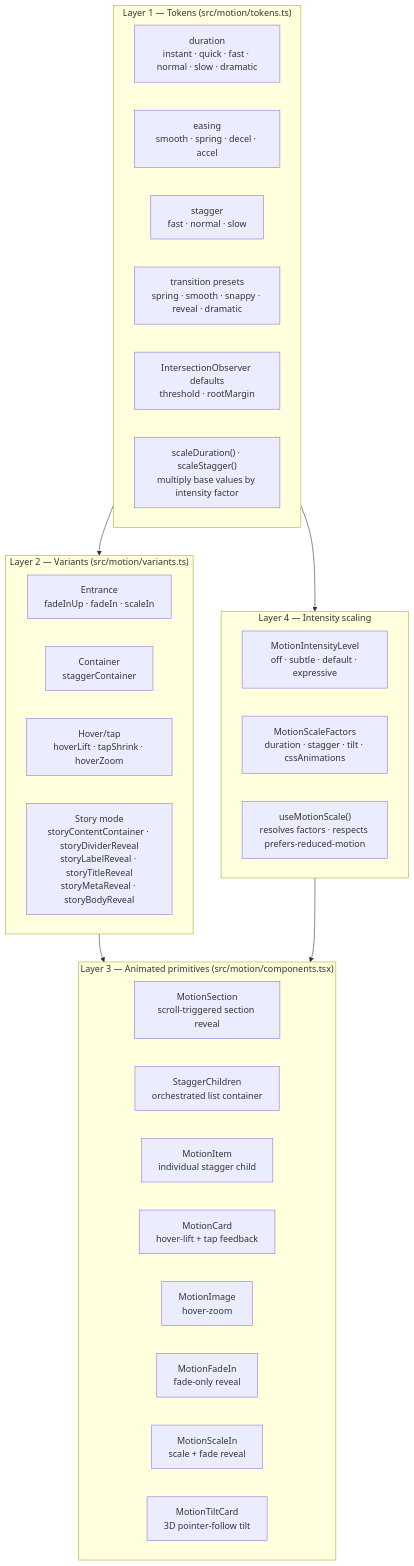
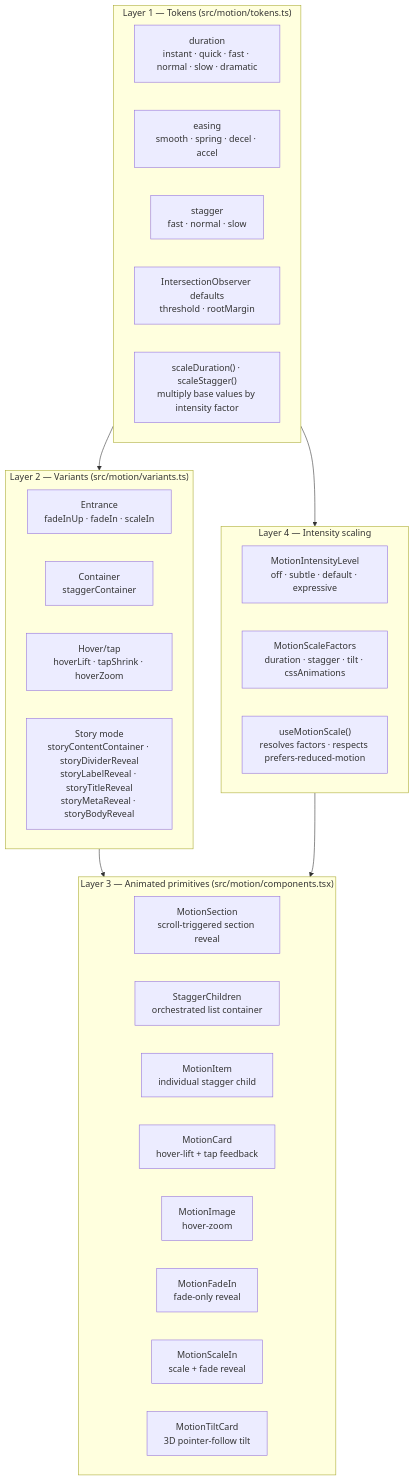
One commit to danphenderson/dev-danhenderson changed the first of 7 diagrams in docs/frontend/motion-architecture.md. Above: the diagram before and after it, drawn with Mermaid. The commit also changed other lines of this file and 106 other files, not shown here.

````diff
--- a/docs/frontend/motion-architecture.md
+++ b/docs/frontend/motion-architecture.md
@@ -9,40 +9,39 @@
 ```mermaid
 flowchart TB
   subgraph Tokens["Layer 1 — Tokens (src/motion/tokens.ts)"]
     D["duration<br/>instant · quick · fast · normal · slow · dramatic"]
     E["easing<br/>smooth · spring · decel · accel"]
     S["stagger<br/>fast · normal · slow"]
-    T["transition presets<br/>spring · smooth · snappy · reveal · dramatic"]
     IO["IntersectionObserver defaults<br/>threshold · rootMargin"]
     Scale["scaleDuration() · scaleStagger()<br/>multiply base values by intensity factor"]
   end
 
   subgraph Variants["Layer 2 — Variants (src/motion/variants.ts)"]
     Entrance["Entrance<br/>fadeInUp · fadeIn · scaleIn"]
     Container["Container<br/>staggerContainer"]
     Hover["Hover/tap<br/>hoverLift · tapShrink · hoverZoom"]
     Story["Story mode<br/>storyContentContainer · storyDividerReveal<br/>storyLabelReveal · storyTitleReveal<br/>storyMetaReveal · storyBodyReveal"]
   end
 
   subgraph Components["Layer 3 — Animated primitives (src/motion/components.tsx)"]
     MS["MotionSection<br/>scroll-triggered section reveal"]
     SC["StaggerChildren<br/>orchestrated list container"]
     MI["MotionItem<br/>individual stagger child"]
     MC["MotionCard<br/>hover-lift + tap feedback"]
     MImg["MotionImage<br/>hover-zoom"]
     MFI["MotionFadeIn<br/>fade-only reveal"]
     MSI["MotionScaleIn<br/>scale + fade reveal"]
     MTC["MotionTiltCard<br/>3D pointer-follow tilt"]
   end
 
   subgraph Scaling["Layer 4 — Intensity scaling"]
     Prefs["MotionIntensityLevel<br/>off · subtle · default · expressive"]
     MSF["MotionScaleFactors<br/>duration · stagger · tilt · cssAnimations"]
     Hook["useMotionScale()<br/>resolves factors · respects prefers-reduced-motion"]
   end
 
   Tokens --> Variants
   Variants --> Components
   Scaling --> Components
   Tokens --> Scaling
 ```
````
